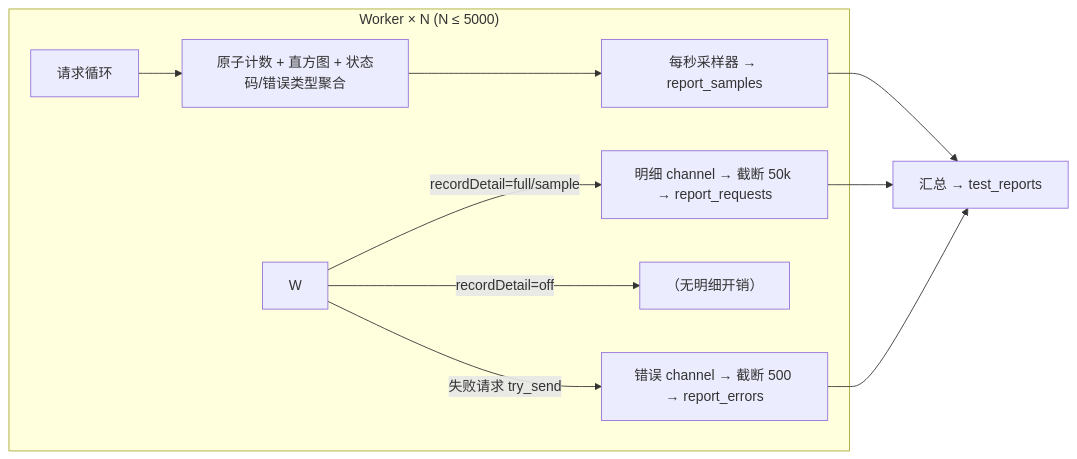
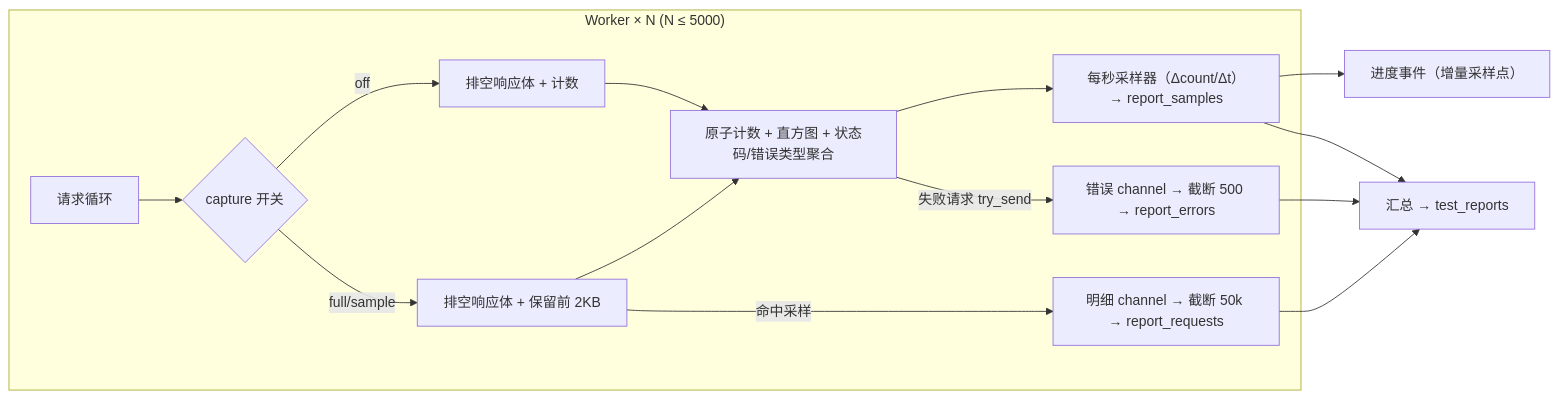
The diagram in docx/AstroMan压测能力提升与报告优化技术方案.md (Wayward-GOU/AstroMan), drawn with Mermaid before and after one commit. The commit also changed other lines of this file and 79 other files, not shown here.

````diff
--- a/docx/AstroMan压测能力提升与报告优化技术方案.md
+++ b/docx/AstroMan压测能力提升与报告优化技术方案.md
@@ -158,13 +264,17 @@
 ```mermaid
 flowchart LR
     subgraph Workers["Worker × N (N ≤ 5000)"]
-        W1[请求循环] --> M["原子计数 + 直方图 + 状态码/错误类型聚合"]
-        M --> S["每秒采样器 → report_samples"]
-        W -->|recordDetail=full/sample| RC["明细 channel → 截断 50k → report_requests"]
-        W -->|recordDetail=off| X["（无明细开销）"]
-        W -->|失败请求 try_send| EC["错误 channel → 截断 500 → report_errors"]
+        W1[请求循环] --> C{"capture 开关"}
+        C -->|off| D["排空响应体 + 计数"]
+        C -->|full/sample| E["排空响应体 + 保留前 2KB"]
+        D --> M["原子计数 + 直方图 + 状态码/错误类型聚合"]
+        E --> M
+        M --> S["每秒采样器（Δcount/Δt）→ report_samples"]
+        E -->|命中采样| RC["明细 channel → 截断 50k → report_requests"]
+        M -->|失败请求 try_send| EC["错误 channel → 截断 500 → report_errors"]
     end
+    S --> P["进度事件（增量采样点）"]
     S --> RPT["汇总 → test_reports"]
     RC --> RPT
     EC --> RPT
 ```
````
